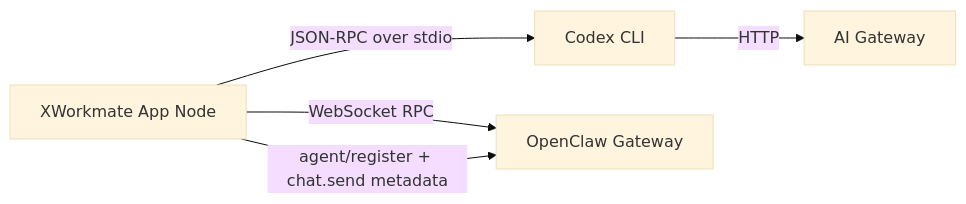
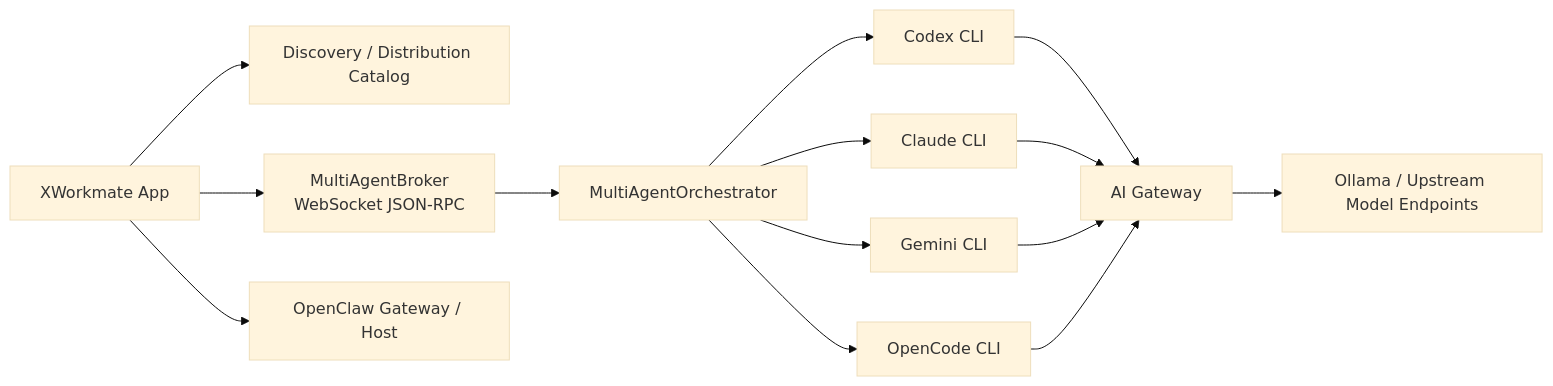
Before and after one commit to ai-workspace-lab/xworkmate-app: the diagram in docs/architecture/xworkmate-integrations.md, drawn with Mermaid (base theme). The commit also changed other lines of this file and 14 other files, not shown here.

Commit message:
Add managed multi-agent collaboration runtime

````diff
--- a/docs/architecture/xworkmate-integrations.md
+++ b/docs/architecture/xworkmate-integrations.md
@@ -23,7 +15,16 @@
 ```mermaid
 flowchart LR
-    X["XWorkmate App Node"] -->|JSON-RPC over stdio| C["Codex CLI"]
-    C -->|HTTP| A["AI Gateway"]
-    X -->|WebSocket RPC| G["OpenClaw Gateway"]
-    X -->|agent/register + chat.send metadata| G
+    X["XWorkmate App"] --> D["Discovery / Distribution Catalog"]
+    X --> B["MultiAgentBroker<br/>WebSocket JSON-RPC"]
+    X --> G["OpenClaw Gateway / Host"]
+    B --> O["MultiAgentOrchestrator"]
+    O --> C["Codex CLI"]
+    O --> L["Claude CLI"]
+    O --> M["Gemini CLI"]
+    O --> P["OpenCode CLI"]
+    C --> A["AI Gateway"]
+    L --> A
+    M --> A
+    P --> A
+    A --> OL["Ollama / Upstream Model Endpoints"]
 ```
````
